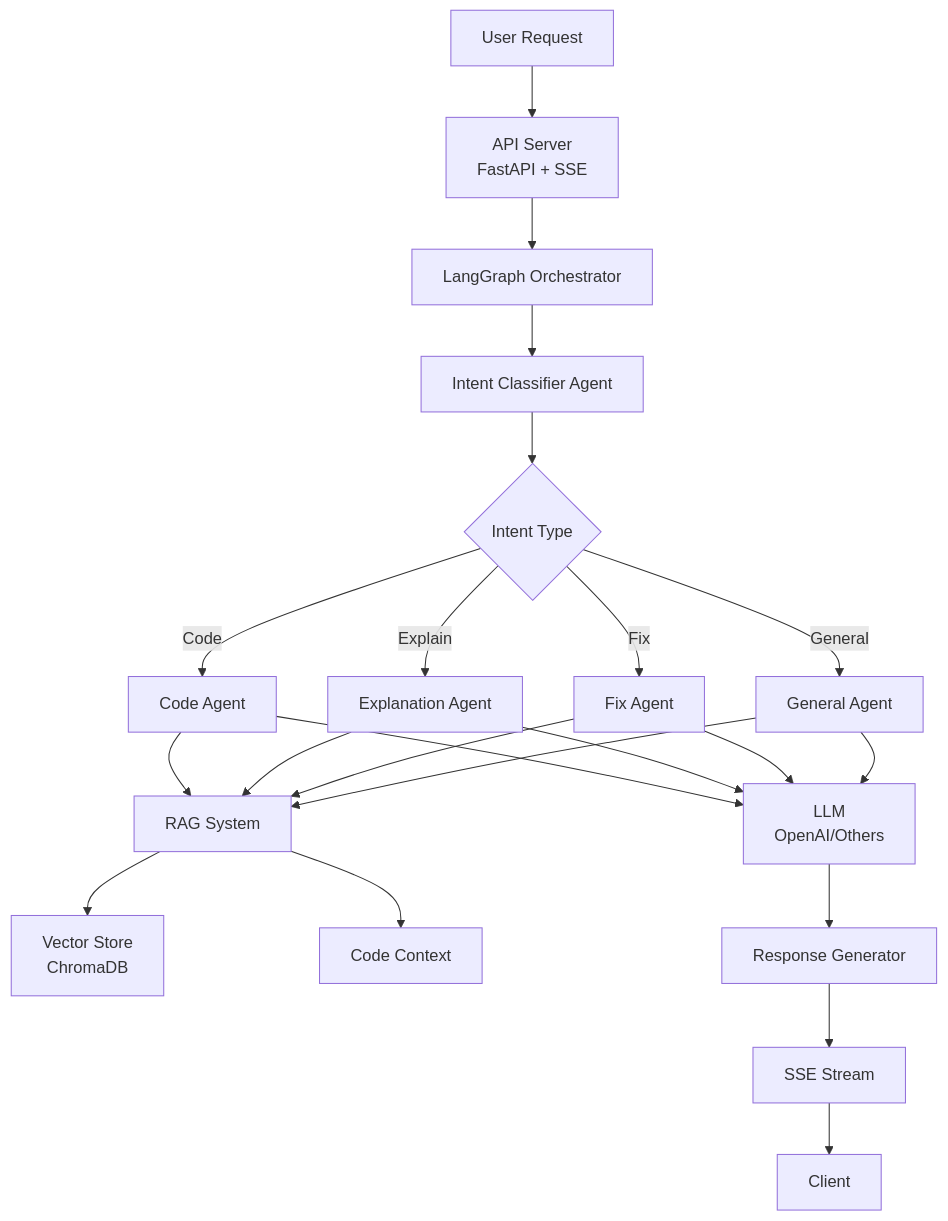
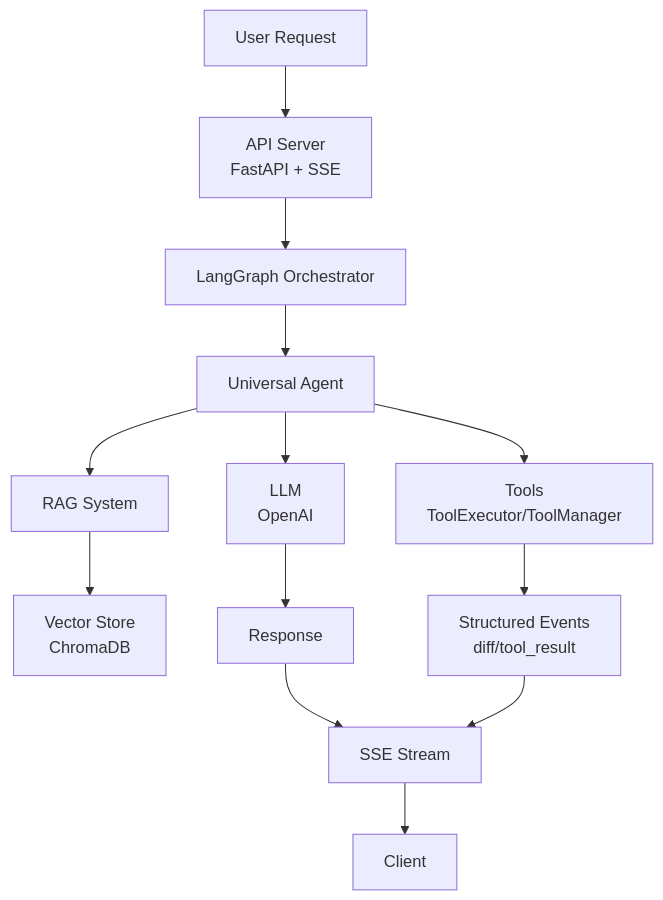
Before and after one commit to AgentSmithyAI/agentsmithy-agent: the diagram in README.md, drawn with Mermaid. The commit also changed other lines of this file and 14 other files, not shown here.

````diff
--- a/README.md
+++ b/README.md
@@ -20,24 +16,15 @@
 ```mermaid
 graph TD
     A[User Request] --> B[API Server<br/>FastAPI + SSE]
     B --> C[LangGraph Orchestrator]
-    C --> D[Intent Classifier Agent]
-    D --> E{Intent Type}
-    E -->|Code| F[Code Agent]
-    E -->|Explain| G[Explanation Agent]
-    E -->|Fix| H[Fix Agent]
-    E -->|General| I[General Agent]
-    F --> J[RAG System]
-    G --> J
-    H --> J
-    I --> J
-    J --> K[Vector Store<br/>ChromaDB]
-    J --> L[Code Context]
-    F --> M[LLM<br/>OpenAI/Others]
-    G --> M
-    H --> M
-    I --> M
-    M --> N[Response Generator]
+    C --> U[Universal Agent]
+    U --> R[RAG System]
+    R --> K[Vector Store<br/>ChromaDB]
+    U --> T[Tools<br/>ToolExecutor/ToolManager]
+    U --> M[LLM<br/>OpenAI]
+    M --> N[Response]
+    T --> O1[Structured Events<br/>diff/tool_result]
     N --> O[SSE Stream]
+    O1 --> O
     O --> P[Client]
 ```
````
